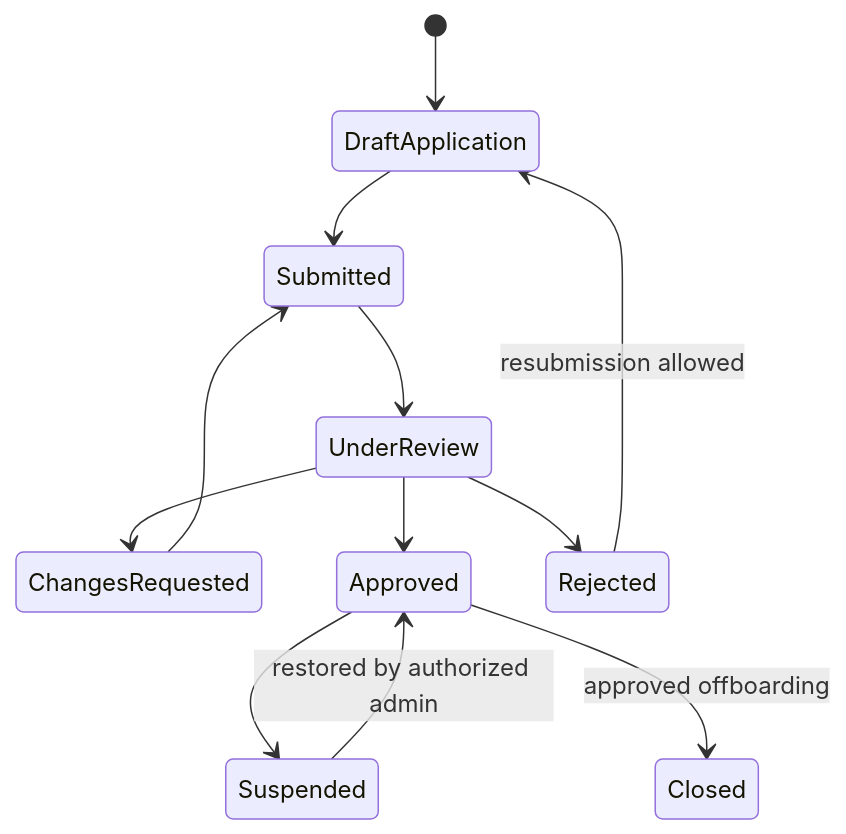
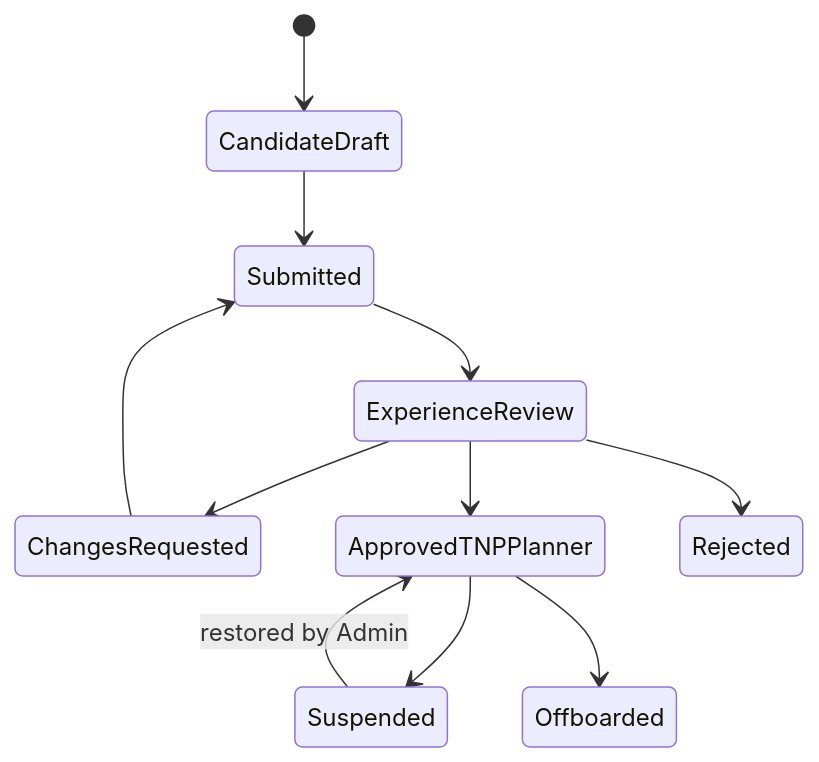
The fifth of 12 diagrams in docs/PLATFORM-USAGE-WORKFLOW-BLUEPRINT.md (tejas104/TNP-Hospitality), drawn with Mermaid before and after one commit. The commit also changed other lines of this file and 10 other files, not shown here.

````diff
--- a/docs/PLATFORM-USAGE-WORKFLOW-BLUEPRINT.md
+++ b/docs/PLATFORM-USAGE-WORKFLOW-BLUEPRINT.md
@@ -126,14 +162,13 @@
 ```mermaid
 stateDiagram-v2
-    [*] --> DraftApplication
-    DraftApplication --> Submitted
-    Submitted --> UnderReview
-    UnderReview --> ChangesRequested
+    [*] --> CandidateDraft
+    CandidateDraft --> Submitted
+    Submitted --> ExperienceReview
+    ExperienceReview --> ChangesRequested
     ChangesRequested --> Submitted
-    UnderReview --> Approved
-    UnderReview --> Rejected
-    Approved --> Suspended
-    Suspended --> Approved: restored by authorized admin
-    Approved --> Closed: approved offboarding
-    Rejected --> DraftApplication: resubmission allowed
+    ExperienceReview --> ApprovedTNPPlanner
+    ExperienceReview --> Rejected
+    ApprovedTNPPlanner --> Suspended
+    Suspended --> ApprovedTNPPlanner: restored by Admin
+    ApprovedTNPPlanner --> Offboarded
 ```
````
